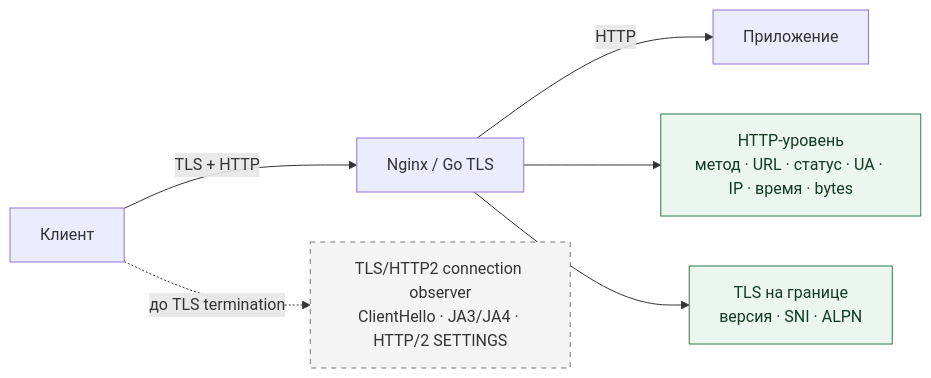
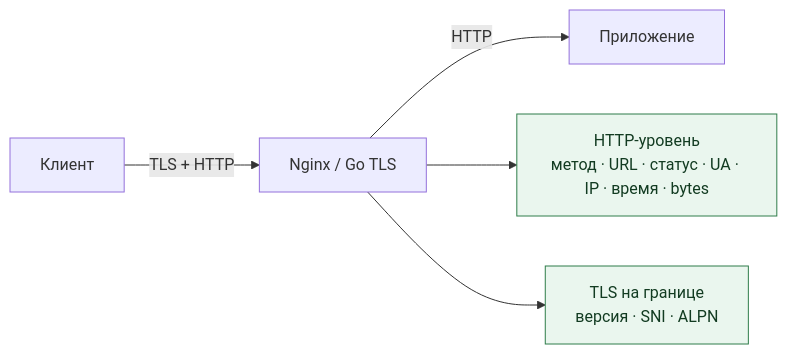
One commit to rbelshevitz/httpfin changed the diagram in README.ru.md. Above: the diagram before and after it, drawn with Mermaid. The commit also changed other lines of this file and 8 other files, not shown here.

````diff
--- a/README.ru.md
+++ b/README.ru.md
@@ -23,20 +23,16 @@
 ```mermaid
 flowchart LR
     C[Клиент]
     N[Nginx / Go TLS]
     A[Приложение]
     H["HTTP-уровень<br/>метод · URL · статус · UA · IP · время · bytes"]
     T["TLS на границе<br/>версия · SNI · ALPN"]
-    W["TLS/HTTP2 connection observer<br/>ClientHello · JA3/JA4 · HTTP/2 SETTINGS"]
 
     C -->|TLS + HTTP| N
     N -->|HTTP| A
     N --> H
     N --> T
-    C -.->|до TLS termination| W
 
     classDef current fill:#eaf6ee,stroke:#2f7d4a,color:#123b21
-    classDef future fill:#f4f4f4,stroke:#777,color:#333,stroke-dasharray:5 5
     class H,T current
-    class W future
 ```
````
